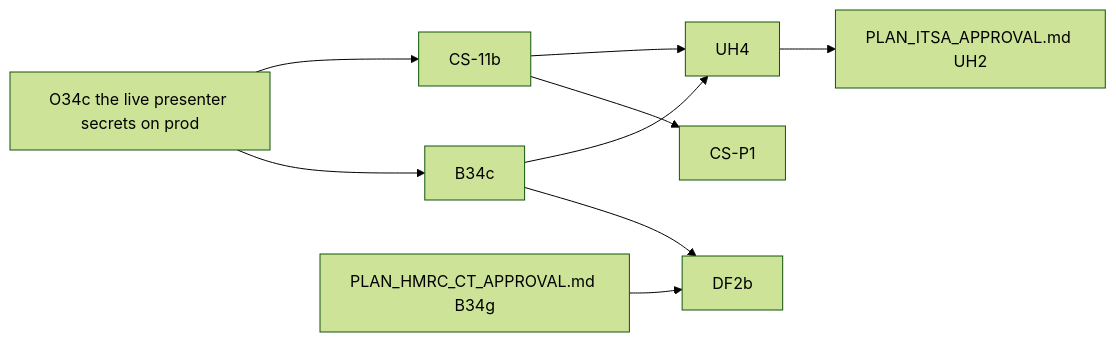
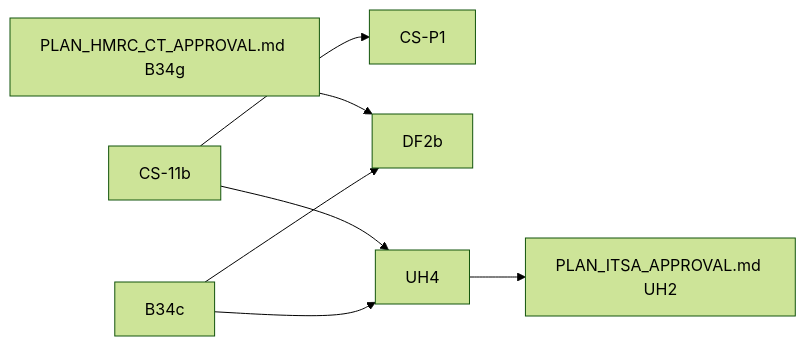
Before and after one commit to diy-accounting-uk/submit.diyaccounting.co.uk: the diagram in PLAN_COMPANIES_HOUSE_APPROVAL.md, drawn with Mermaid (forest theme). The commit also changed other lines of this file and 1 other file, not shown here.

First line of the commit message:
Companies House: the live presenter secrets are on prod; OCS1 and O34c close

````diff
--- a/PLAN_COMPANIES_HOUSE_APPROVAL.md
+++ b/PLAN_COMPANIES_HOUSE_APPROVAL.md
@@ -106,11 +103,11 @@
 ```mermaid
 flowchart LR
-    O34c[O34c the live presenter secrets on prod] --> B34c
-    O34c --> CS11b[CS-11b]
+    B34c
+    CS11b[CS-11b]
     CS11b --> CSP1[CS-P1]
     B34c --> DF2b
     B34g["PLAN_HMRC_CT_APPROVAL.md B34g"] --> DF2b
     B34c --> UH4
     CS11b --> UH4
     UH4 --> UH2["PLAN_ITSA_APPROVAL.md UH2"]
 ```
````
